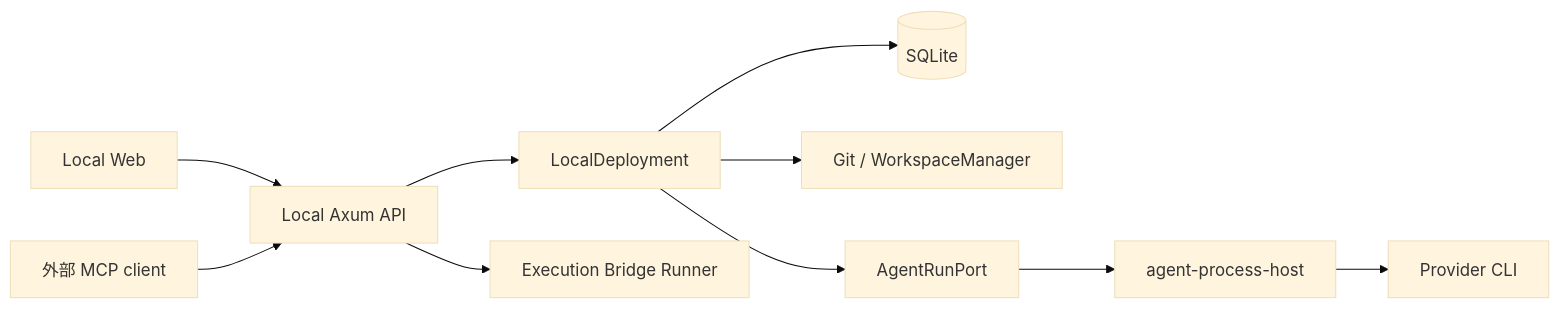
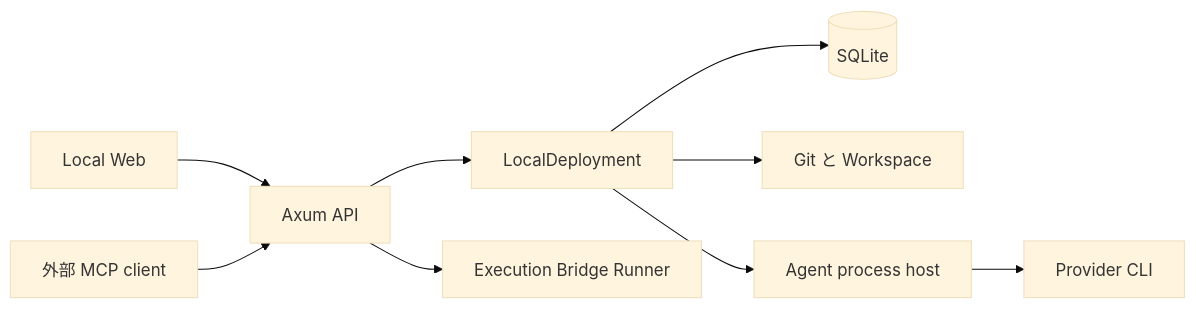
The diagram in openwiki/architecture/system.md (nagisasaka/lucky-vibe-kanban), drawn with Mermaid (base theme) before and after one commit. The commit also changed other lines of this file and 75 other files, not shown here.

````diff
--- a/openwiki/architecture/system.md
+++ b/openwiki/architecture/system.md
@@ -77,12 +23,11 @@
 ```mermaid
 flowchart LR
-  UI[Local Web] --> API[Local Axum API]
-  API --> Local[LocalDeployment]
-  Local --> DB[(SQLite)]
-  Local --> Git[Git / WorkspaceManager]
-  Local --> Port[AgentRunPort]
-  Port --> Host[agent-process-host]
-  Host --> Agent[Provider CLI]
-  External[外部 MCP client] --> API
+  Web[Local Web] --> API[Axum API]
+  MCP[外部 MCP client] --> API
+  API --> Deployment[LocalDeployment]
+  Deployment --> DB[(SQLite)]
+  Deployment --> Git[Git と Workspace]
+  Deployment --> Host[Agent process host]
+  Host --> Provider[Provider CLI]
   API --> Runner[Execution Bridge Runner]
 ```
````
